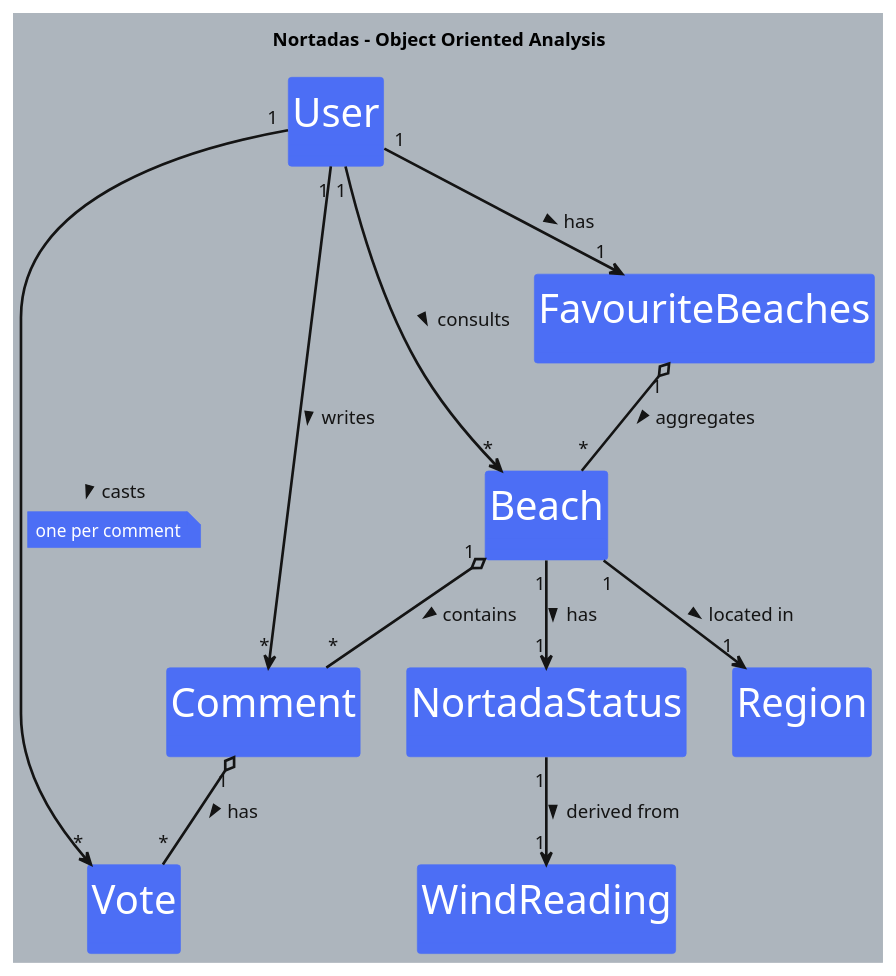
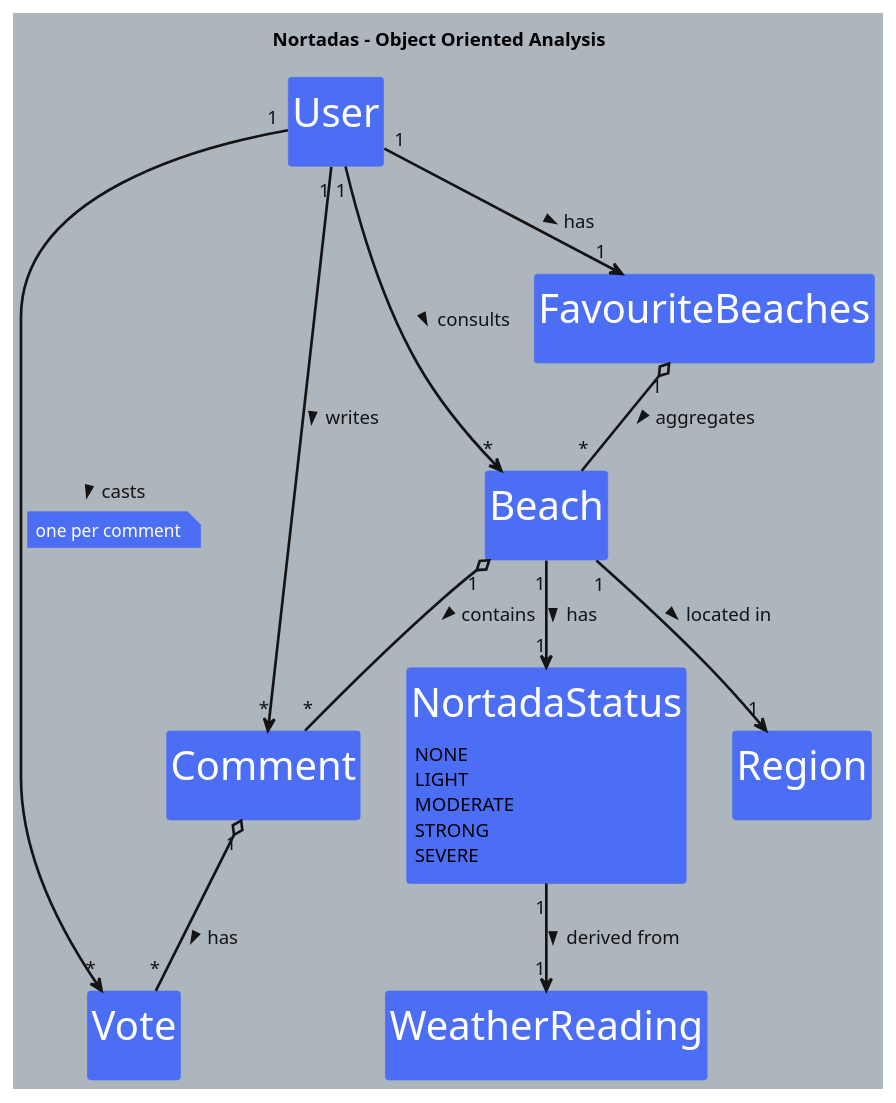
Before and after one commit to vitorhsbarros/nortadas: the diagram in docs/OOA/nortada-OOA.puml, drawn with PlantUML. The commit also changed 1 other file, not shown here.

Commit message:
documentation: use WeatherReading name and 5-level NortadaStatus in OOA, refs #10

```diff
--- a/docs/OOA/nortada-OOA.puml
+++ b/docs/OOA/nortada-OOA.puml
@@ -1,58 +1,64 @@
 @startuml
 title Nortadas - Object Oriented Analysis
 
 'Formatting
 
 skinparam monochrome false
 skinparam defaultFontName Futura
 skinparam objectFontSize 20
 skinparam backgroundColor #adb5bd
 skinparam ArrowFontColor #141414
 skinparam ArrowColor #141414
 skinparam ArrowFontSize 14
 skinparam ArrowFontName Futura
 skinparam ArrowThickness 2
 skinparam class {
     FontSize 30
     BackgroundColor #4c6ef5
     FontColor #ffffff
     BorderColor #4c6ef5
     HeaderBackgroundColor #4c6ef5
 }
 skinparam noteBackgroundColor #4c6ef5
 skinparam noteFontColor #ffffff
 skinparam noteBorderColor #4c6ef5
 skinparam style strictuml
 skinparam classAttributeIconSize 0
 
 'Concepts
 
 class User
 class Beach
-class WindReading
+class WeatherReading
 class Comment
 class FavouriteBeaches
 class Vote
-class NortadaStatus
+enum NortadaStatus {
+    NONE
+    LIGHT
+    MODERATE
+    STRONG
+    SEVERE
+}
 class Region
 
 
 'Relations
 
 User "1" --> "*" Beach : > consults
 User "1" --> "1" FavouriteBeaches : > has
 User "1" --> "*" Comment : > writes
 User "1" --> "*" Vote : > casts
 note on link : one per comment
 
 FavouriteBeaches "1" o-- "*" Beach : > aggregates
 
-NortadaStatus "1" --> "1" WindReading : > derived from
+NortadaStatus "1" --> "1" WeatherReading : > derived from
 
 Beach "1" o-- "*" Comment : > contains
 Beach "1" --> "1" NortadaStatus : > has
 Beach "1" --> "1" Region : > located in
 
 Comment "1" o-- "*" Vote : > has
 
 @enduml
```
